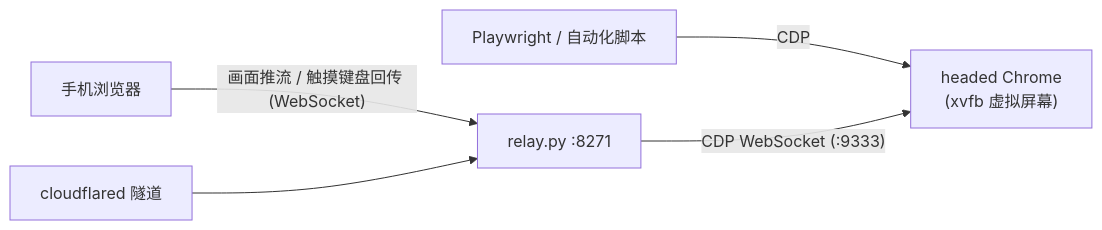
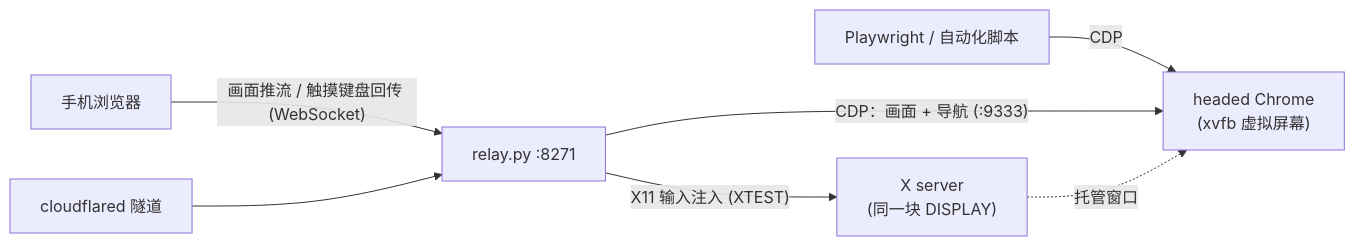
The diagram in relay/README.md (allforlin00-star/ai-social-browser), drawn with Mermaid before and after one commit. The commit also changed other lines of this file and 6 other files, not shown here.

````diff
--- a/relay/README.md
+++ b/relay/README.md
@@ -27,7 +27,9 @@
 ```mermaid
 flowchart LR
     Phone[手机浏览器] -- "画面推流 / 触摸键盘回传 (WebSocket)" --> Relay["relay.py :8271"]
     PW[Playwright / 自动化脚本] -- CDP --> Chrome
-    Relay -- "CDP WebSocket (:9333)" --> Chrome["headed Chrome<br/>(xvfb 虚拟屏幕)"]
+    Relay -- "CDP：画面 + 导航 (:9333)" --> Chrome["headed Chrome<br/>(xvfb 虚拟屏幕)"]
+    Relay -- "X11 输入注入 (XTEST)" --> Xvfb["X server<br/>(同一块 DISPLAY)"]
+    Xvfb -.托管窗口.-> Chrome
     CF[cloudflared 隧道] --> Relay
 ```
````
